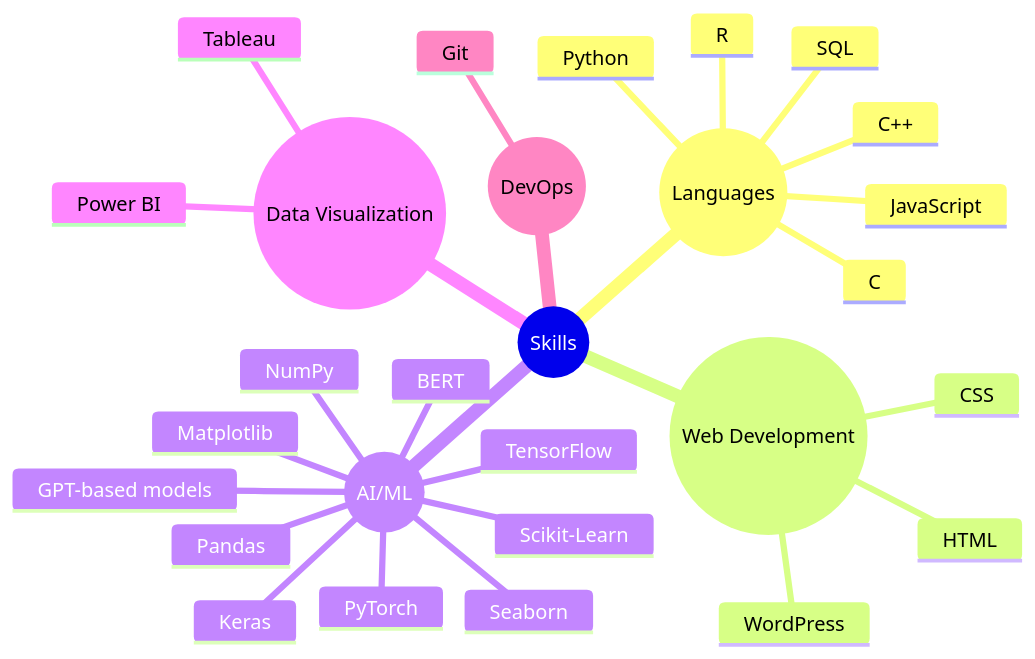
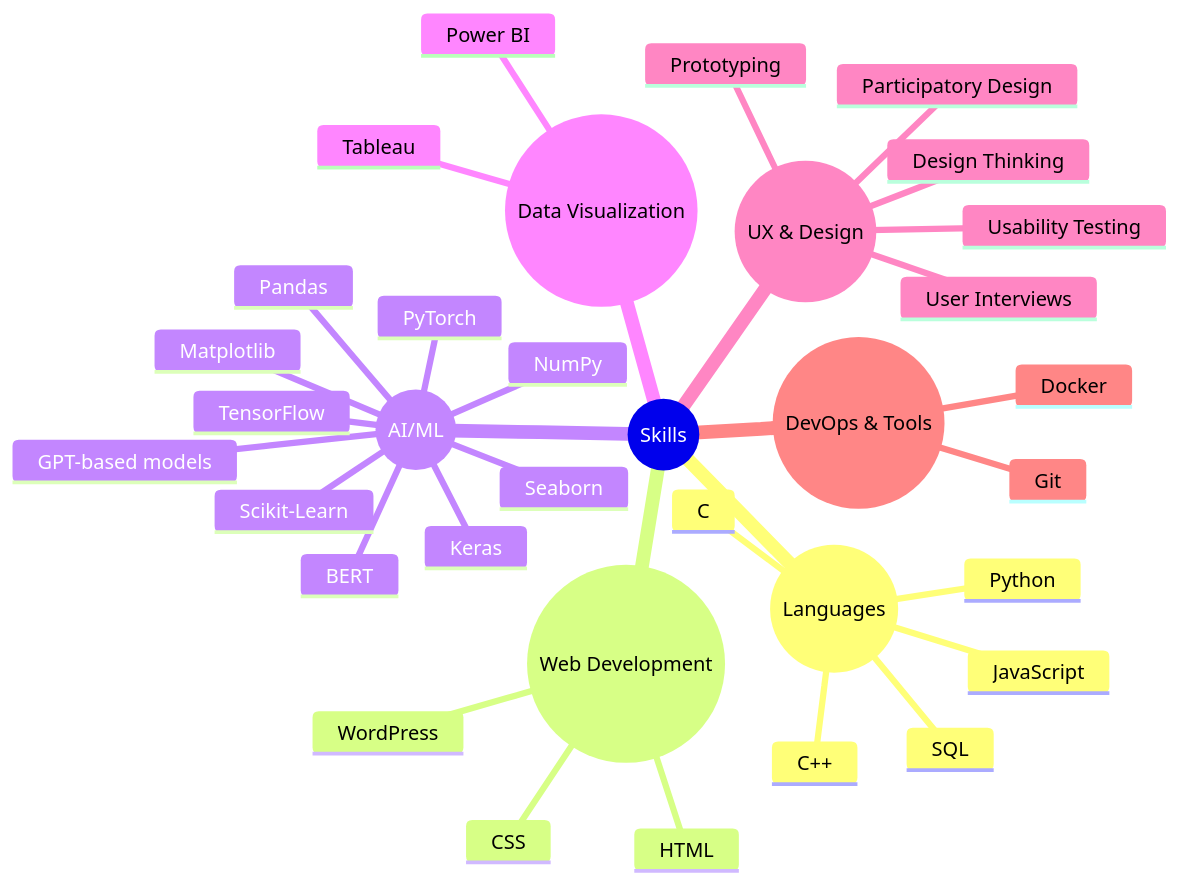
Before and after one commit to pooriya-jamie/pooriya-jamie: the diagram in README.md, drawn with Mermaid.

````diff
--- a/README.md
+++ b/README.md
@@ -20,31 +20,37 @@
 ```mermaid
 mindmap
   root((Skills))
     ((Languages))
       Python
       C
       C++
-      R
       SQL
       JavaScript
     ((Web Development))
       HTML
       CSS
       WordPress
     ((AI/ML))
       TensorFlow
       PyTorch
       Scikit-Learn
       Keras
       NumPy
       Pandas
       Matplotlib
       Seaborn
       BERT
       GPT-based models
     ((Data Visualization))
       Tableau
       Power BI
-    ((DevOps))
+    ((UX & Design))
+      Design Thinking
+      Participatory Design
+      Prototyping
+      Usability Testing
+      User Interviews
+    ((DevOps & Tools))
       Git
+      Docker
 ```
````
